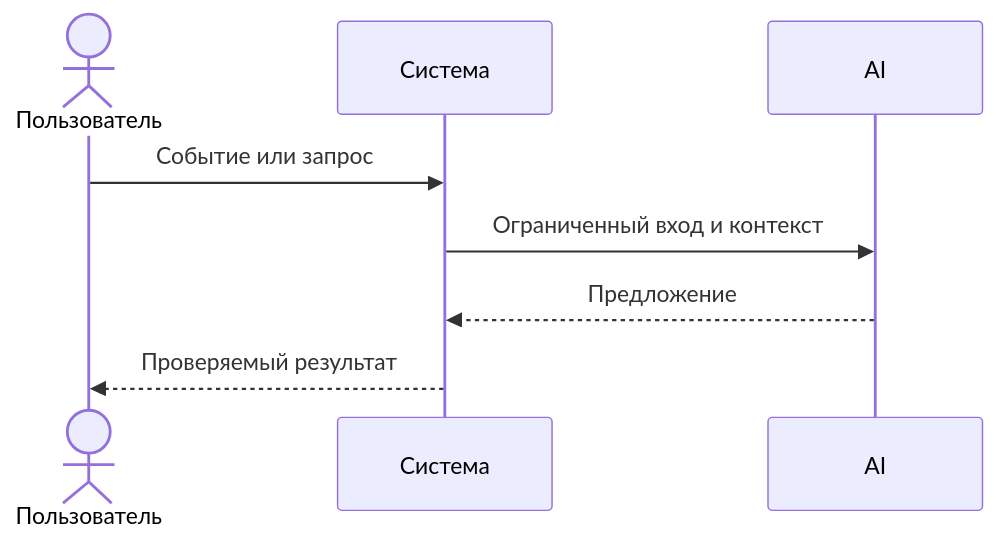
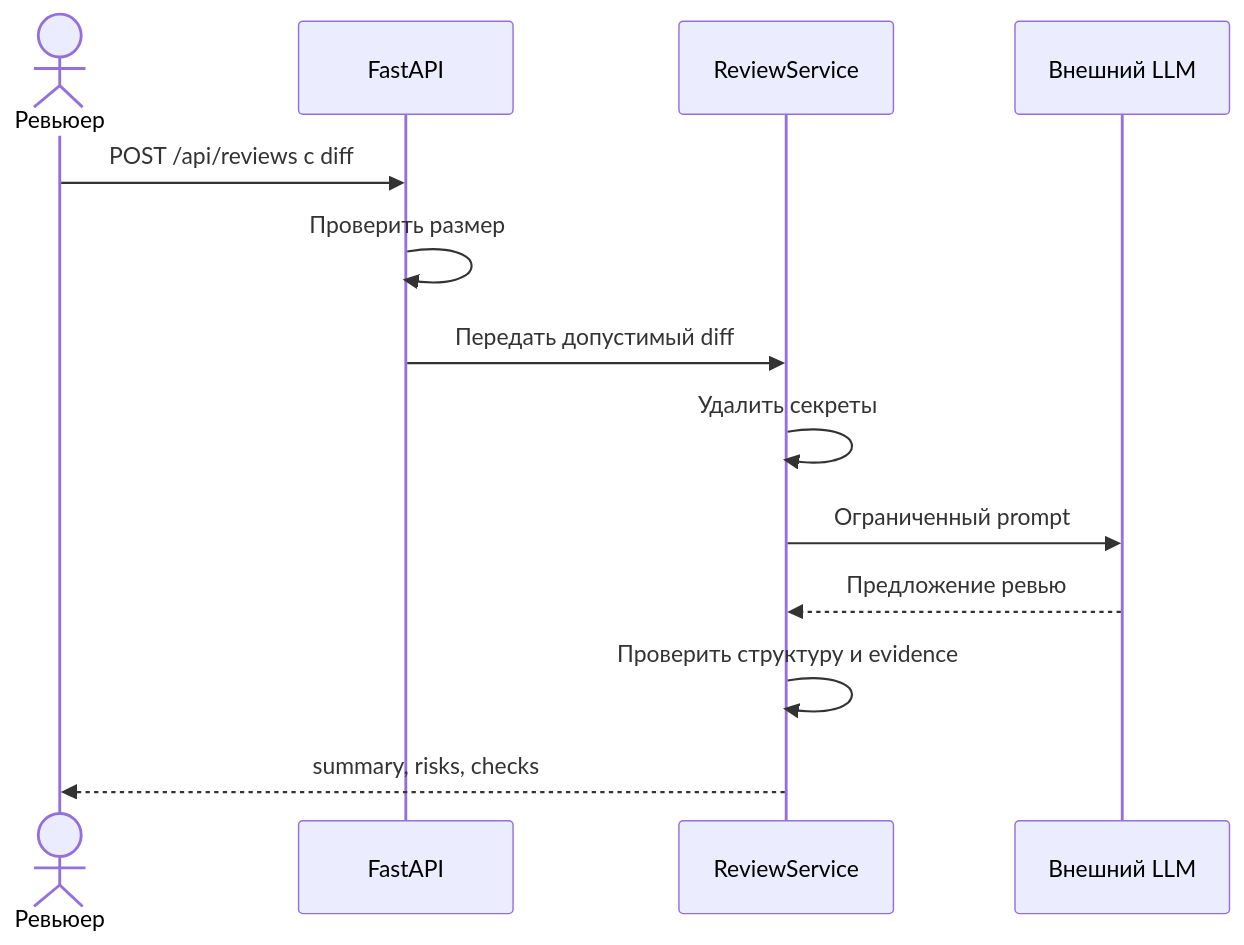
Before and after one commit to ai-course-avito/ITMOv2: the diagram in practices/practice_01/product_management.md, drawn with Mermaid. The commit also changed other lines of this file and 10 other files, not shown here.

````diff
--- a/practices/practice_01/product_management.md
+++ b/practices/practice_01/product_management.md
@@ -23,10 +26,15 @@
 ```mermaid
 sequenceDiagram
-    actor User as Пользователь
-    participant System as Система
-    participant AI as AI
-    User->>System: Событие или запрос
-    System->>AI: Ограниченный вход и контекст
-    AI-->>System: Предложение
-    System-->>User: Проверяемый результат
+    actor Reviewer as Ревьюер
+    participant API as FastAPI
+    participant Service as ReviewService
+    participant LLM as Внешний LLM
+    Reviewer->>API: POST /api/reviews с diff
+    API->>API: Проверить размер
+    API->>Service: Передать допустимый diff
+    Service->>Service: Удалить секреты
+    Service->>LLM: Ограниченный prompt
+    LLM-->>Service: Предложение ревью
+    Service->>Service: Проверить структуру и evidence
+    Service-->>Reviewer: summary, risks, checks
 ```
````
